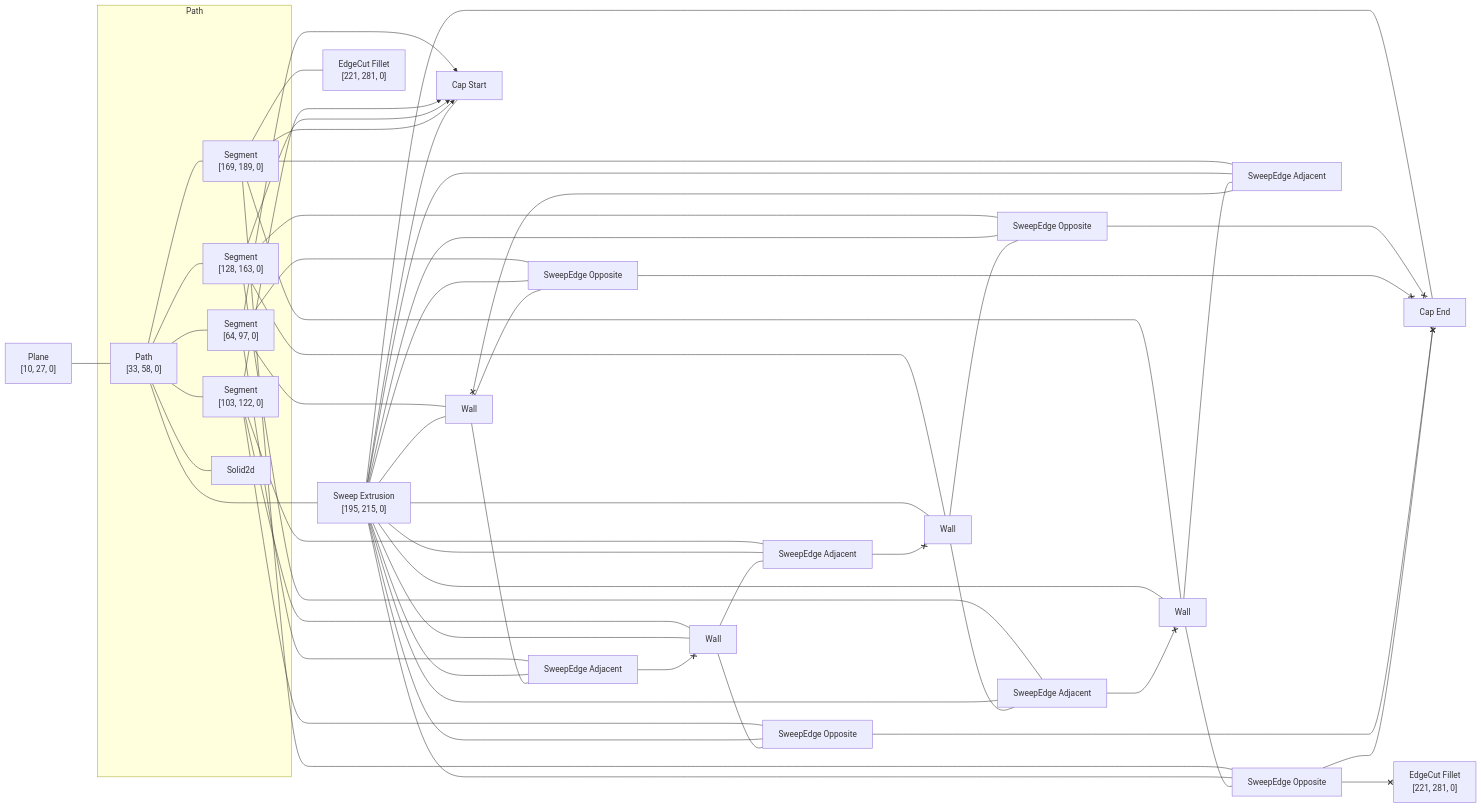
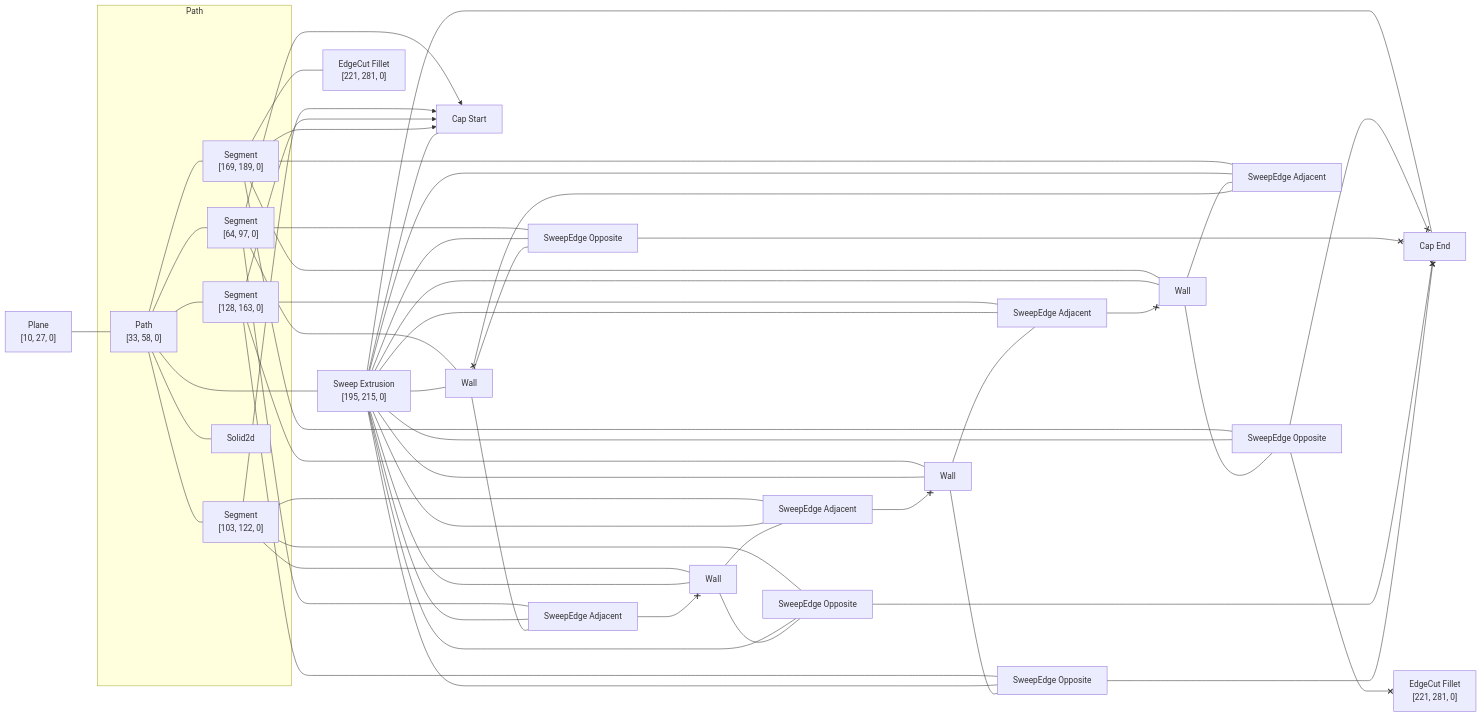
One commit to rajgandhi1/modeling-app changed the diagram in rust/kcl-lib/tests/basic_fillet_cube_close_opposite/artifact_graph_flowchart.snap.md. Above: the diagram before and after it, drawn with Mermaid. The commit also changed 110 other files, not shown here.

````diff
--- a/rust/kcl-lib/tests/basic_fillet_cube_close_opposite/artifact_graph_flowchart.snap.md
+++ b/rust/kcl-lib/tests/basic_fillet_cube_close_opposite/artifact_graph_flowchart.snap.md
@@ -36,18 +36,18 @@
   3 --- 12
   3 x--> 13
   3 --- 16
-  3 --- 19
+  3 --- 21
   4 --- 10
   4 x--> 13
   4 --- 17
-  4 --- 22
+  4 --- 19
   5 --- 9
   5 x--> 13
-  5 --- 15
-  5 --- 21
+  5 --- 18
+  5 --- 22
   6 --- 11
   6 x--> 13
-  6 --- 18
+  6 --- 15
   6 --- 20
   6 --- 24
   8 --- 9
@@ -64,21 +64,21 @@
   8 --- 20
   8 --- 21
   8 --- 22
-  9 --- 15
-  9 --- 21
-  22 <--x 9
+  9 --- 18
+  19 <--x 9
+  9 --- 22
   10 --- 17
-  19 <--x 10
-  10 --- 22
-  11 --- 18
+  10 --- 19
+  21 <--x 10
+  11 --- 15
   11 --- 20
-  21 <--x 11
+  22 <--x 11
   12 --- 16
-  12 --- 19
   20 <--x 12
+  12 --- 21
   15 <--x 14
   16 <--x 14
   17 <--x 14
   18 <--x 14
-  18 <--x 23
+  15 <--x 23
 ```
````
